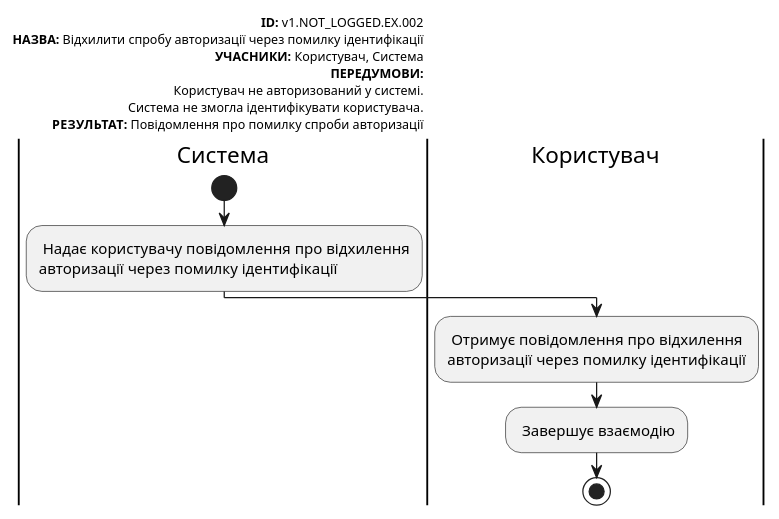
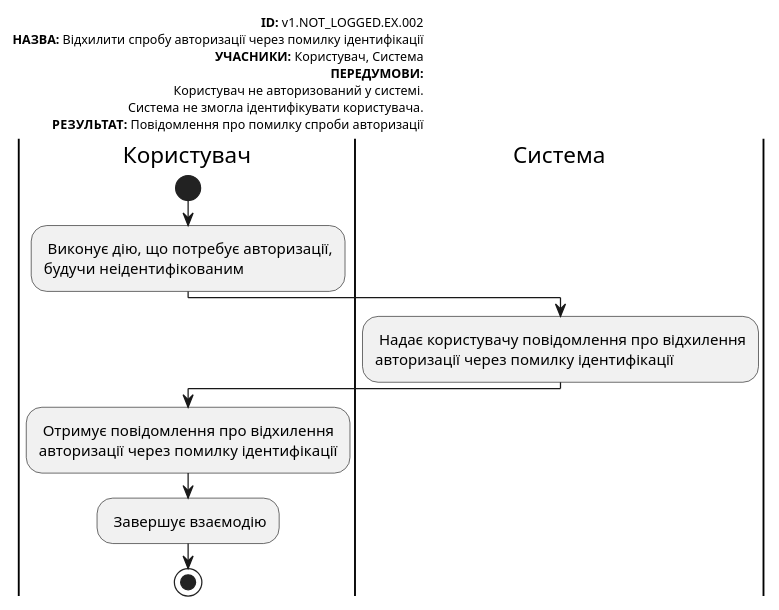
Diagram 17 of 18 in docs/use cases/README.md (Znskiy/survey-expert), drawn with PlantUML before and after one commit. The commit also changed other lines of this file, not shown here.

```diff
--- a/docs/use cases/README.md
+++ b/docs/use cases/README.md
@@ -924,24 +924,27 @@
 @startuml
 
     left header
          <font color=000 size=10><b>ID:</b> v1.NOT_LOGGED.EX.002
          <font color=000 size=10><b>НАЗВА:</b> Відхилити спробу авторизації через помилку ідентифікації
          <font color=000 size=10><b>УЧАСНИКИ:</b> Користувач, Система
          <font color=000 size=10><b>ПЕРЕДУМОВИ:</b>
          <font color=000 size=10>Користувач не авторизований у системі.
          <font color=000 size=10>Система не змогла ідентифікувати користувача.
          <font color=000 size=10><b>РЕЗУЛЬТАТ:</b> Повідомлення про помилку спроби авторизації
      end header
 
+     |Користувач|
+         start
+         : Виконує дію, що потребує авторизації, 
+         будучи неідентифікованим;             
      |Система|
-         start
          : Надає користувачу повідомлення про відхилення
          авторизації через помилку ідентифікації;
 
      |Користувач|
          : Отримує повідомлення про відхилення
          авторизації через помилку ідентифікації;
          : Завершує взаємодію;
          stop;
 
 @enduml
```
